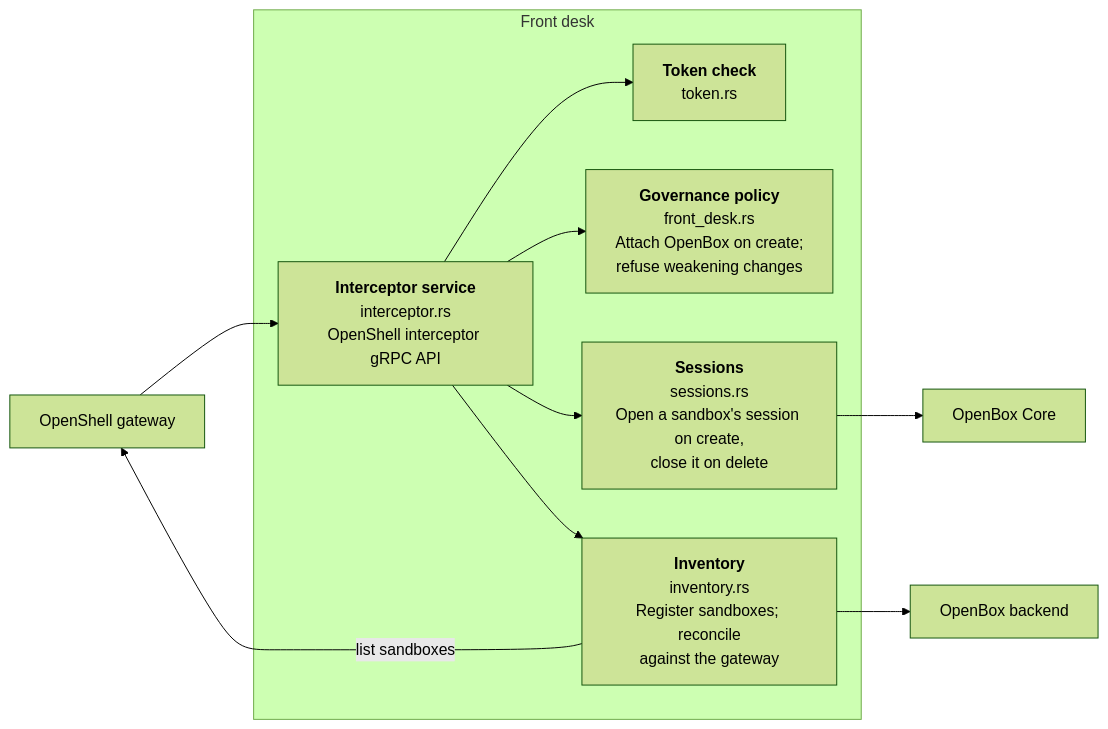
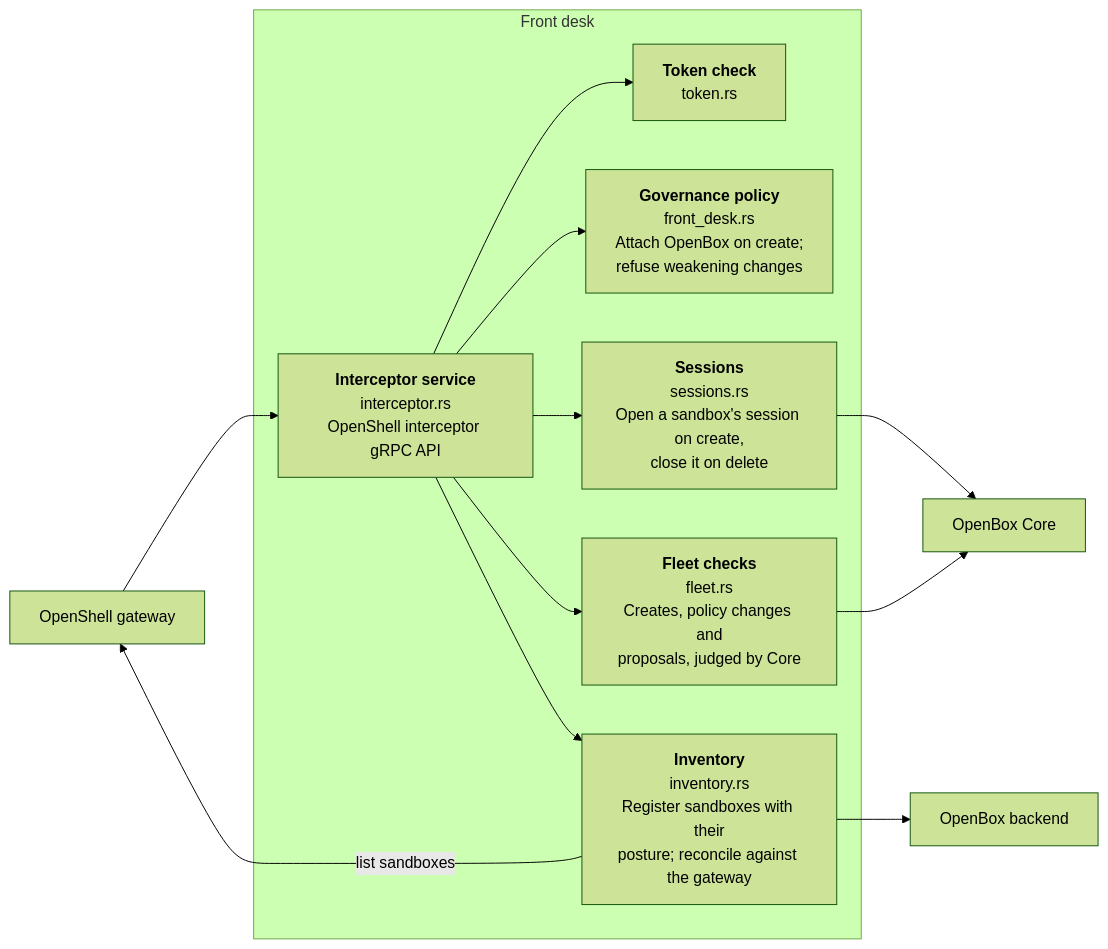
Before and after one commit to OpenBox-AI/openbox-openshell: the fourth of 4 diagrams in README.md, drawn with Mermaid (forest theme). The commit also changed other lines of this file, not shown here.

````diff
--- a/README.md
+++ b/README.md
@@ -288,21 +306,23 @@
 ```mermaid
 flowchart LR
     gateway["OpenShell gateway"]
 
     subgraph fd["Front desk"]
         interceptor["<b>Interceptor service</b><br/>interceptor.rs<br/>OpenShell interceptor gRPC API"]
         token["<b>Token check</b><br/>token.rs"]
         policy["<b>Governance policy</b><br/>front_desk.rs<br/>Attach OpenBox on create;<br/>refuse weakening changes"]
         sessions["<b>Sessions</b><br/>sessions.rs<br/>Open a sandbox's session on create,<br/>close it on delete"]
-        inventory["<b>Inventory</b><br/>inventory.rs<br/>Register sandboxes; reconcile<br/>against the gateway"]
+        inventory["<b>Inventory</b><br/>inventory.rs<br/>Register sandboxes with their<br/>posture; reconcile against the gateway"]
+        fleet["<b>Fleet checks</b><br/>fleet.rs<br/>Creates, policy changes and<br/>proposals, judged by Core"]
     end
 
     core["OpenBox Core"]
     backend["OpenBox backend"]
 
     gateway --> interceptor --> token
     interceptor --> policy
     interceptor --> sessions --> core
     interceptor --> inventory --> backend
+    interceptor --> fleet --> core
     inventory -- "list sandboxes" --> gateway
 ```
````
